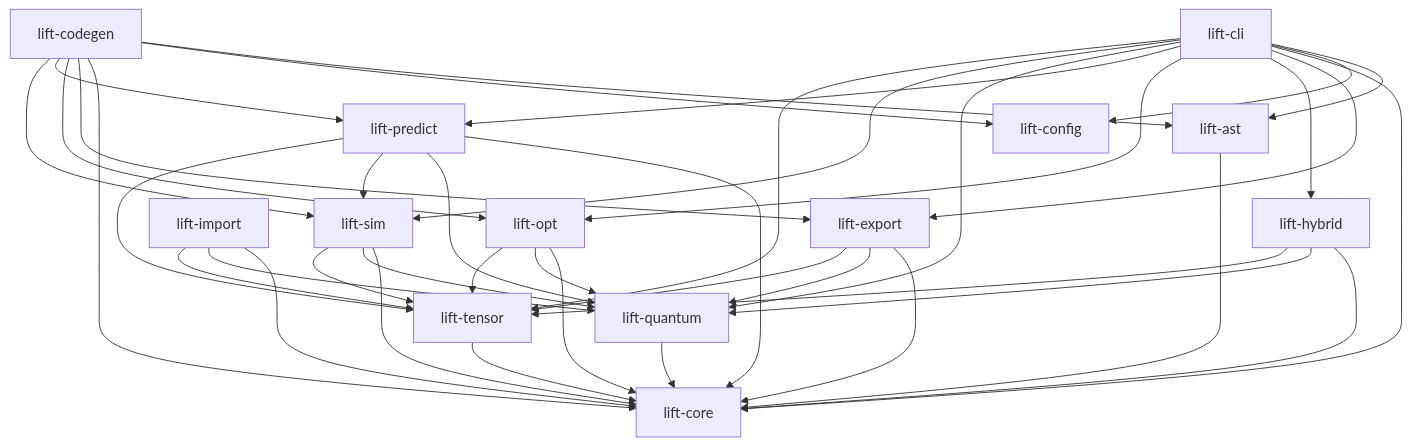
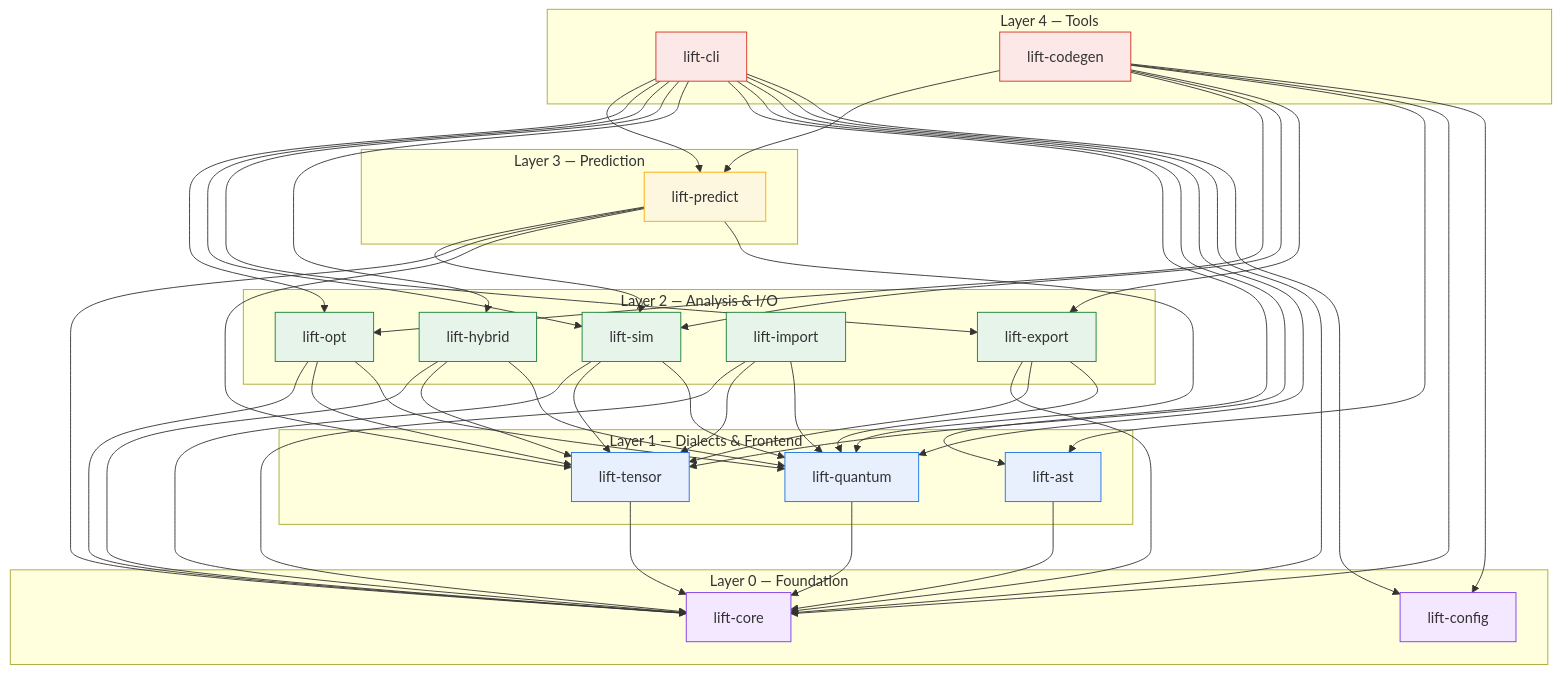
The second of 3 diagrams in README.md (rustnew/Litf-IR), drawn with Mermaid before and after one commit. The commit also changed other lines of this file, not shown here.

First line of the commit message:
docs: add vision, roadmap, and layer-graph diagrams to README

````diff
--- a/README.md
+++ b/README.md
@@ -85,28 +116,49 @@
 ```mermaid
 flowchart TB
-    CLI["lift-cli"]
-    CGEN["lift-codegen"]
-    OPT["lift-opt"]
-    EXP["lift-export"]
-    IMP["lift-import"]
-    CFG["lift-config"]
-    PRED["lift-predict"]
-    SIM["lift-sim"]
-    AST["lift-ast"]
-    HYB["lift-hybrid"]
-    QUA["lift-quantum"]
-    TEN["lift-tensor"]
-    CORE["lift-core"]
+    subgraph L4["Layer 4 — Tools"]
+        CLI["lift-cli"]
+        CGEN["lift-codegen"]
+    end
+    subgraph L3["Layer 3 — Prediction"]
+        PRED["lift-predict"]
+    end
+    subgraph L2["Layer 2 — Analysis & I/O"]
+        OPT["lift-opt"]
+        SIM["lift-sim"]
+        EXP["lift-export"]
+        IMP["lift-import"]
+        HYB["lift-hybrid"]
+    end
+    subgraph L1["Layer 1 — Dialects & Frontend"]
+        AST["lift-ast"]
+        TEN["lift-tensor"]
+        QUA["lift-quantum"]
+    end
+    subgraph L0["Layer 0 — Foundation"]
+        CORE["lift-core"]
+        CFG["lift-config"]
+    end
 
-    CLI --> AST & CFG & CORE & EXP & HYB & OPT & PRED & QUA & SIM & TEN
-    CGEN --> AST & CFG & CORE & EXP & OPT & PRED & SIM
-    EXP --> CORE & QUA & TEN
-    IMP --> CORE & QUA & TEN
-    OPT --> CORE & QUA & TEN
-    PRED --> CORE & QUA & SIM & TEN
-    SIM --> CORE & QUA & TEN
-    HYB --> CORE & QUA & TEN
+    CLI --> PRED & OPT & SIM & EXP & HYB & AST & TEN & QUA & CORE & CFG
+    CGEN --> PRED & OPT & SIM & EXP & AST & CORE & CFG
+    PRED --> SIM & CORE & TEN & QUA
+    OPT --> CORE & TEN & QUA
+    SIM --> CORE & TEN & QUA
+    EXP --> CORE & TEN & QUA
+    IMP --> CORE & TEN & QUA
+    HYB --> CORE & TEN & QUA
+    AST --> CORE
+    TEN --> CORE
     QUA --> CORE
-    TEN --> CORE
-    AST --> CORE
+
+    classDef l0 fill:#f3e8ff,stroke:#7c3aed;
+    classDef l1 fill:#e8f0fe,stroke:#1a73e8;
+    classDef l2 fill:#e6f4ea,stroke:#188038;
+    classDef l3 fill:#fef7e0,stroke:#f9ab00;
+    classDef l4 fill:#fce8e6,stroke:#d93025;
+    class CORE,CFG l0;
+    class AST,TEN,QUA l1;
+    class OPT,SIM,EXP,IMP,HYB l2;
+    class PRED l3;
+    class CLI,CGEN l4;
 ```
````
